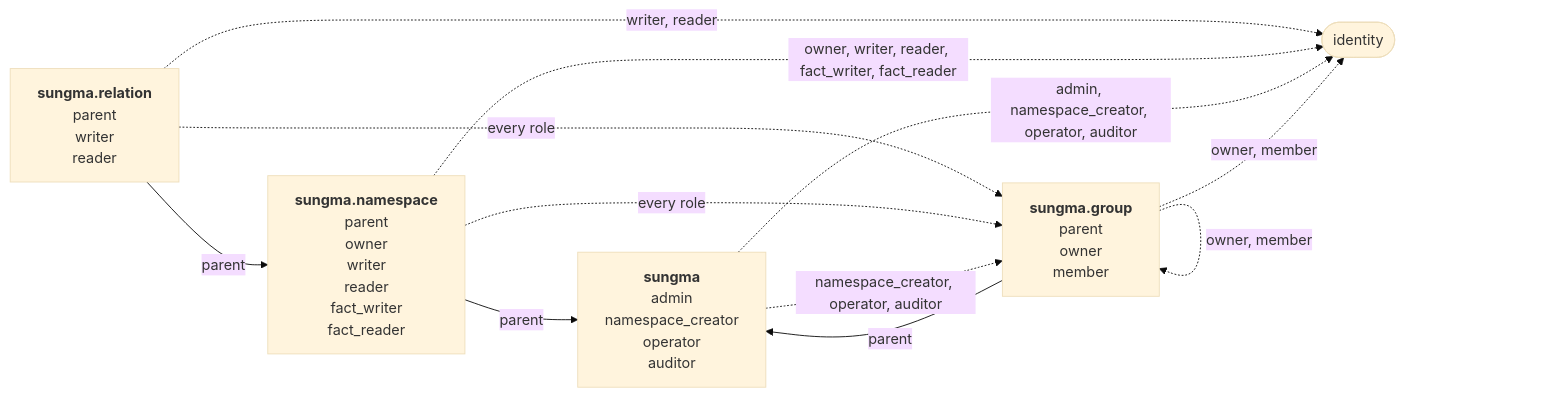
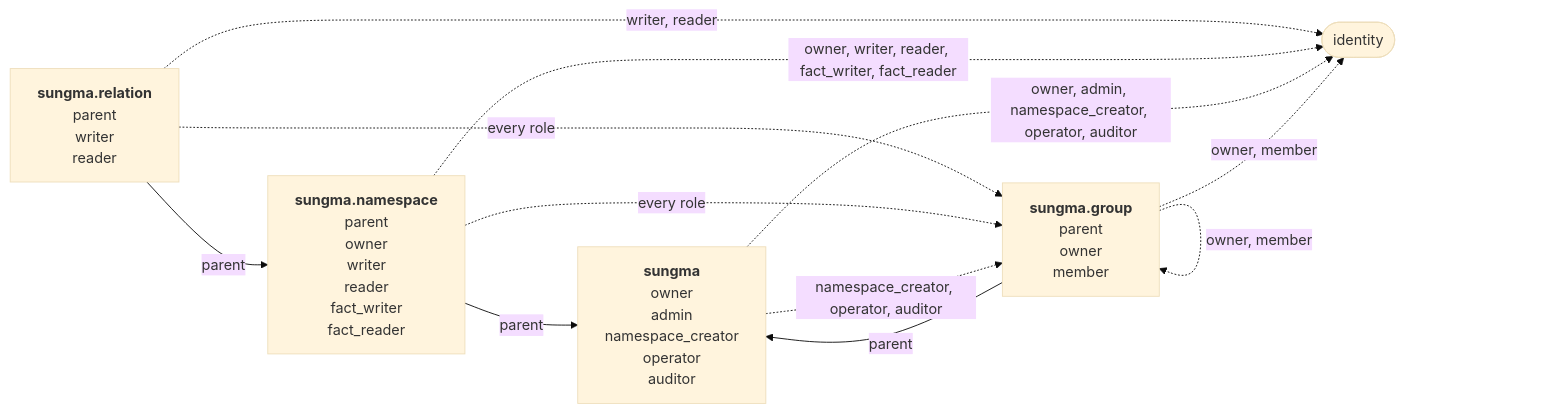
The diagram in docs/specs/sungma-authorization.md (marklauter/Sungma), drawn with Mermaid (base theme) before and after one commit. The commit also changed other lines of this file, not shown here.

````diff
--- a/docs/specs/sungma-authorization.md
+++ b/docs/specs/sungma-authorization.md
@@ -71,19 +72,19 @@
 ```mermaid
 flowchart LR
   relation["<b>sungma.relation</b><br/>parent<br/>writer<br/>reader"]
   namespace["<b>sungma.namespace</b><br/>parent<br/>owner<br/>writer<br/>reader<br/>fact_writer<br/>fact_reader"]
-  sungma["<b>sungma</b><br/>admin<br/>namespace_creator<br/>operator<br/>auditor"]
+  sungma["<b>sungma</b><br/>owner<br/>admin<br/>namespace_creator<br/>operator<br/>auditor"]
   group["<b>sungma.group</b><br/>parent<br/>owner<br/>member"]
   identity(["identity"])
   relation -- parent --> namespace
   namespace -- parent --> sungma
   group -- parent --> sungma
   relation -. "writer, reader" .-> identity
   namespace -. "owner, writer, reader, fact_writer, fact_reader" .-> identity
-  sungma -. "admin, namespace_creator, operator, auditor" .-> identity
+  sungma -. "owner, admin, namespace_creator, operator, auditor" .-> identity
   group -. "owner, member" .-> identity
   relation -. "every role" .-> group
   namespace -. "every role" .-> group
   sungma -. "namespace_creator, operator, auditor" .-> group
   group -. "owner, member" .-> group
 ```
````
